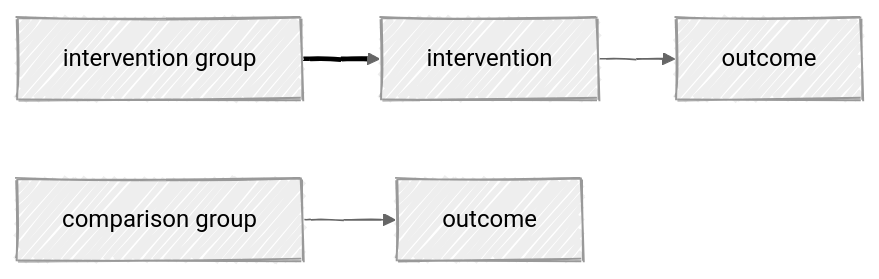
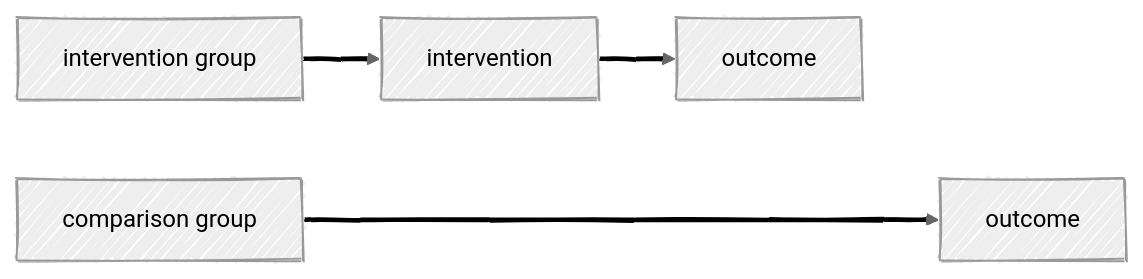
Before and after one commit to agrogan1/closeread: the second of 3 diagrams in multivariate/multivariate.md, drawn with Mermaid.

Commit message:
Fix link styles and comparison group connection

````diff
--- a/multivariate/multivariate.md
+++ b/multivariate/multivariate.md
@@ -26,18 +26,18 @@
 ```mermaid
 ---
 config:
   look: handDrawn
   theme: neutral
 ---
 
 flowchart LR
 
   interventiongroup["intervention group"] --> intervention
 
   intervention[intervention] --> outcome1[outcome]
 
-  comparisongroup["comparison group"] --> outcome0[outcome]
+  comparisongroup["comparison group"] ----> outcome0[outcome]
 
-  linkStyle 0 stroke:#000000,stroke-width:3px,font-size:36px,color:black;
+  linkStyle 0,1,2 stroke:#000000,stroke-width:3px,font-size:36px,color:black;
 
 ```
````
